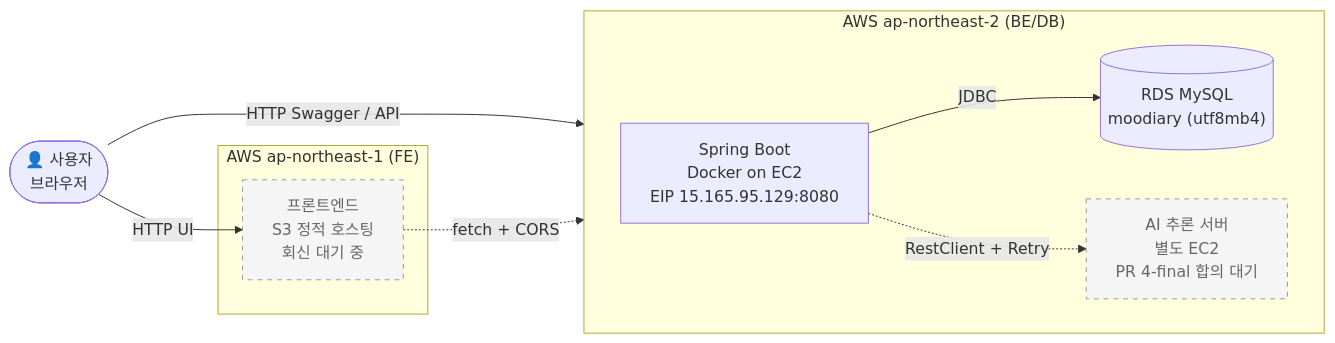
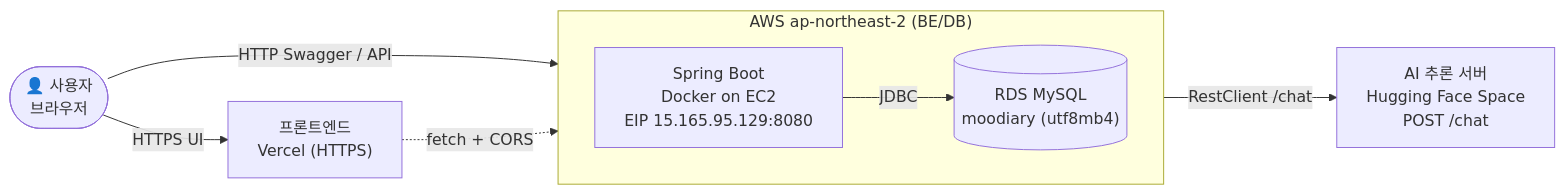
Before and after one commit to Goospel/hoseo-moodiary: the second of 3 diagrams in README.md, drawn with Mermaid. The commit also changed other lines of this file and 3 other files, not shown here.

````diff
--- a/README.md
+++ b/README.md
@@ -210,24 +214,19 @@
 ```mermaid
 flowchart LR
     User(["👤 사용자<br/>브라우저"])
 
     subgraph AWS["AWS ap-northeast-2 (BE/DB)"]
         direction LR
         EC2["Spring Boot<br/>Docker on EC2<br/>EIP 15.165.95.129:8080"]
         RDS[("RDS MySQL<br/>moodiary (utf8mb4)")]
-        AI["AI 추론 서버<br/>별도 EC2<br/>PR 4-final 합의 대기"]
     end
 
-    subgraph AWSFE["AWS ap-northeast-1 (FE)"]
-        FE["프론트엔드<br/>S3 정적 호스팅<br/>회신 대기 중"]
-    end
+    FE["프론트엔드<br/>Vercel (HTTPS)"]
+    AI["AI 추론 서버<br/>Hugging Face Space<br/>POST /chat"]
 
-    User -->|HTTP UI| FE
+    User -->|HTTPS UI| FE
     User -->|HTTP Swagger / API| EC2
     FE -.->|fetch + CORS| EC2
     EC2 -->|JDBC| RDS
-    EC2 -.->|RestClient + Retry| AI
-
-    classDef planned stroke-dasharray: 5 5,stroke:#999,color:#666,fill:#f5f5f5
-    class AI,FE planned
+    EC2 -->|RestClient /chat| AI
 ```
````
